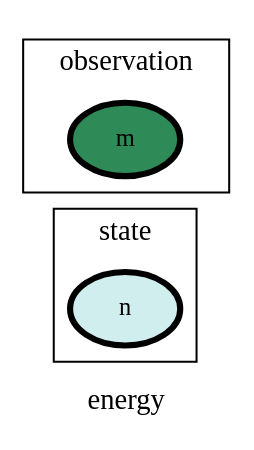
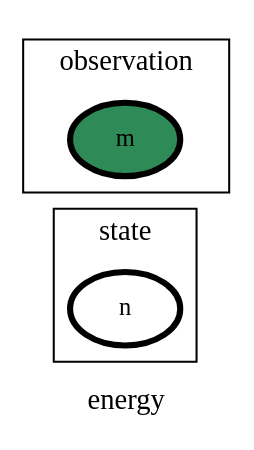
The diagram in ontology_graphs/graph__energy.dot (heinz-preisig/processes_distributed_no_interface_eqs), drawn with Graphviz before and after one commit. The commit also changed 43 other files, not shown here.

```diff
--- a/ontology_graphs/graph__energy.dot
+++ b/ontology_graphs/graph__energy.dot
@@ -1,81 +1,81 @@
 digraph energy {
 label=energy;
 rankdir=LR;
 subgraph cluster_energy___transport {
 label=transport;
 rankdir=LR;
 }
 
 subgraph cluster_energy___geometry {
 label=geometry;
 rankdir=LR;
 }
 
 subgraph cluster_energy___properties {
 label=properties;
 rankdir=LR;
 }
 
 subgraph cluster_energy___network {
 label=network;
 rankdir=LR;
 }
 
 subgraph cluster_energy___differenceOperator {
 label=differenceOperator;
 rankdir=LR;
 }
 
 subgraph cluster_energy___frame {
 label=frame;
 rankdir=LR;
 }
 
 subgraph cluster_energy___state {
 label=state;
 rankdir=LR;
-V_1 [fillcolor=lightcyan2, fontsize=12, label=n, penwidth=3, style=filled];
+V_1 [fillcolor=white, fontsize=12, label=n, penwidth=3, style=filled];
 }
 
 subgraph cluster_energy___constant {
 label=constant;
 rankdir=LR;
 }
 
 subgraph cluster_energy___effort {
 label=effort;
 rankdir=LR;
 }
 
 subgraph cluster_energy___secondaryState {
 label=secondaryState;
 rankdir=LR;
 }
 
 subgraph cluster_energy___conversion {
 label=conversion;
 rankdir=LR;
 }
 
 subgraph cluster_energy___diffState {
 label=diffState;
 rankdir=LR;
 }
 
 subgraph cluster_energy___internalTransport {
 label=internalTransport;
 rankdir=LR;
 }
 
 subgraph cluster_energy___controlInput {
 label=controlInput;
 rankdir=LR;
 }
 
 subgraph cluster_energy___observation {
 label=observation;
 rankdir=LR;
-V_2 [fillcolor=seagreen, fontsize=12, label=m, penwidth=3, style=filled];
+V_4 [fillcolor=seagreen, fontsize=12, label=m, penwidth=3, style=filled];
 }
 
 }
```
